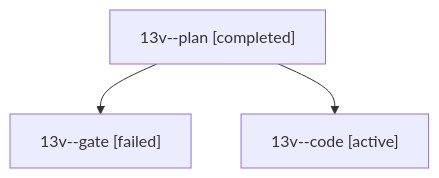
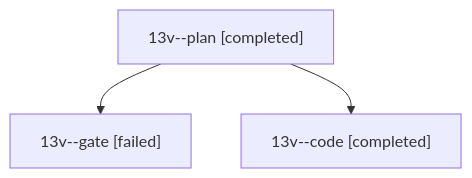
Before and after one commit to bobs-org/bob-cli--agents: the diagram in sessions/bbugyi200.athena.13v.md, drawn with Mermaid. The commit also changed other lines of this file and 6 other files, not shown here.

````diff
--- a/sessions/bbugyi200.athena.13v.md
+++ b/sessions/bbugyi200.athena.13v.md
@@ -9,8 +9,8 @@
 ```mermaid
 flowchart TD
   n0["13v--plan [completed]"]
   n1["13v--gate [failed]"]
   n0 --> n1
-  n2["13v--code [active]"]
+  n2["13v--code [completed]"]
   n0 --> n2
 ```
````
